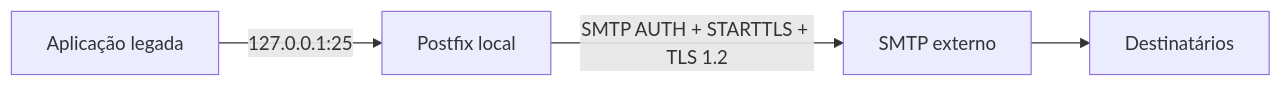
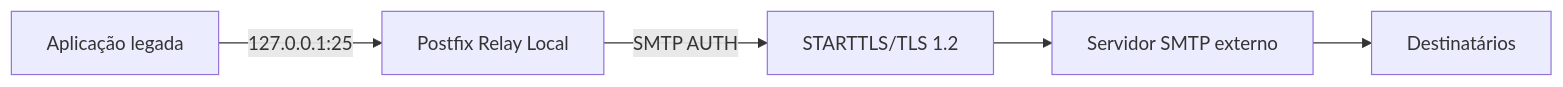
One commit to otaviox3/postfix-smtp-relay changed the second of 3 diagrams in documentacao/02-arquitetura.md. Above: the diagram before and after it, drawn with Mermaid. The commit also changed other lines of this file and 9 other files, not shown here.

````diff
--- a/documentacao/02-arquitetura.md
+++ b/documentacao/02-arquitetura.md
@@ -11,6 +25,7 @@
 ```mermaid
 flowchart LR
-    A[Aplicação legada] -->|127.0.0.1:25| B[Postfix local]
-    B -->|SMTP AUTH + STARTTLS + TLS 1.2| C[SMTP externo]
-    C --> D[Destinatários]
+    A[Aplicação legada] -->|127.0.0.1:25| B[Postfix Relay Local]
+    B -->|SMTP AUTH| C[STARTTLS/TLS 1.2]
+    C --> D[Servidor SMTP externo]
+    D --> E[Destinatários]
 ```
````
